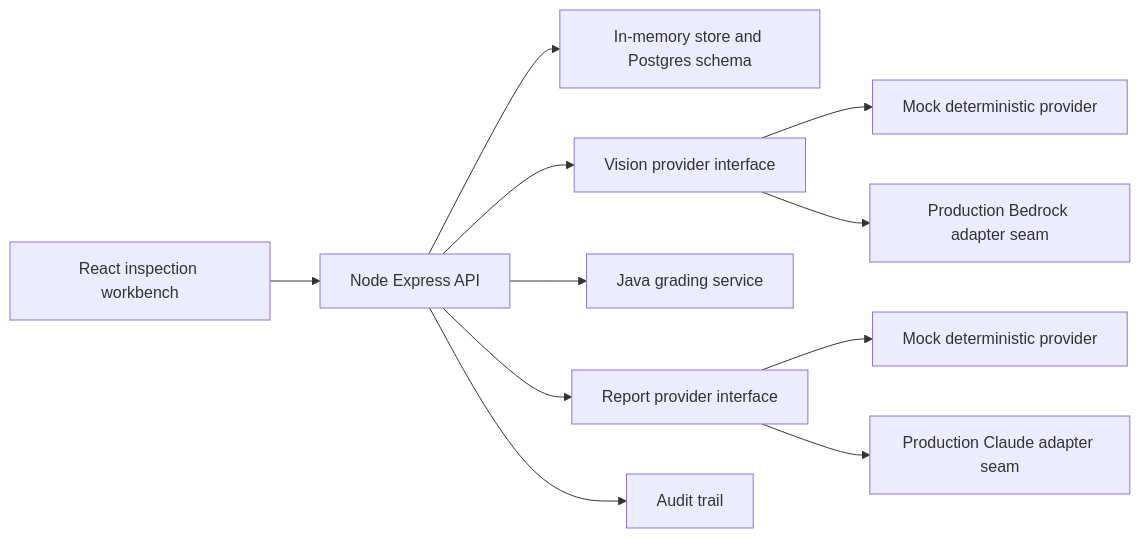
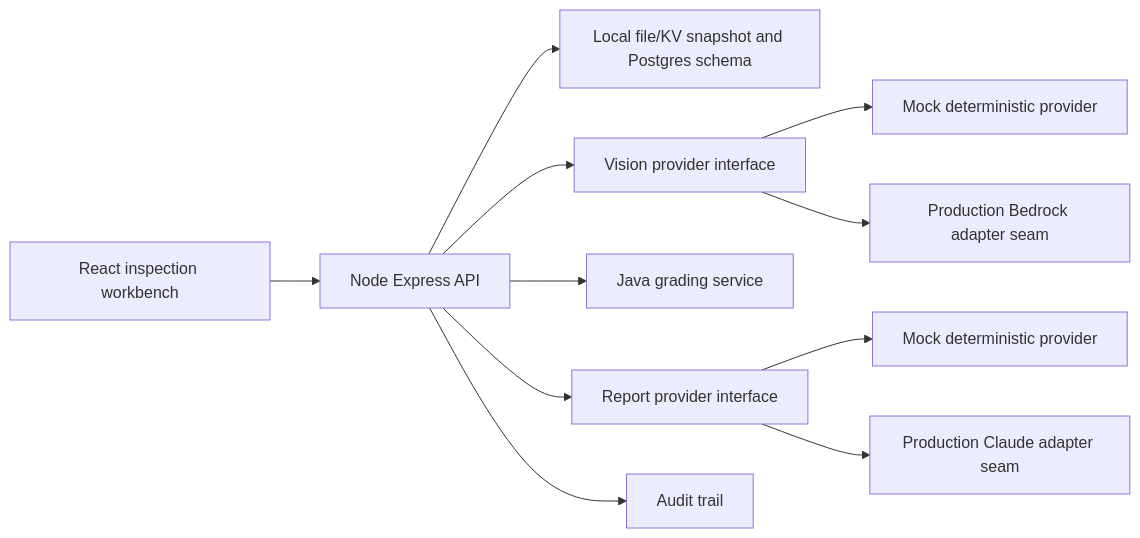
One commit to manynames3/inspectiq changed the diagram in docs/architecture.md. Above: the diagram before and after it, drawn with Mermaid. The commit also changed other lines of this file and 39 other files, not shown here.

````diff
--- a/docs/architecture.md
+++ b/docs/architecture.md
@@ -5,13 +5,13 @@
 ```mermaid
 flowchart LR
   UI[React inspection workbench] --> API[Node Express API]
-  API --> Store[In-memory store and Postgres schema]
+  API --> Store[Local file/KV snapshot and Postgres schema]
   API --> Vision[Vision provider interface]
   Vision --> MockVision[Mock deterministic provider]
   Vision --> BedrockVision[Production Bedrock adapter seam]
   API --> Java[Java grading service]
   API --> Report[Report provider interface]
   Report --> MockReport[Mock deterministic provider]
   Report --> BedrockReport[Production Claude adapter seam]
   API --> Audit[Audit trail]
 ```
````
